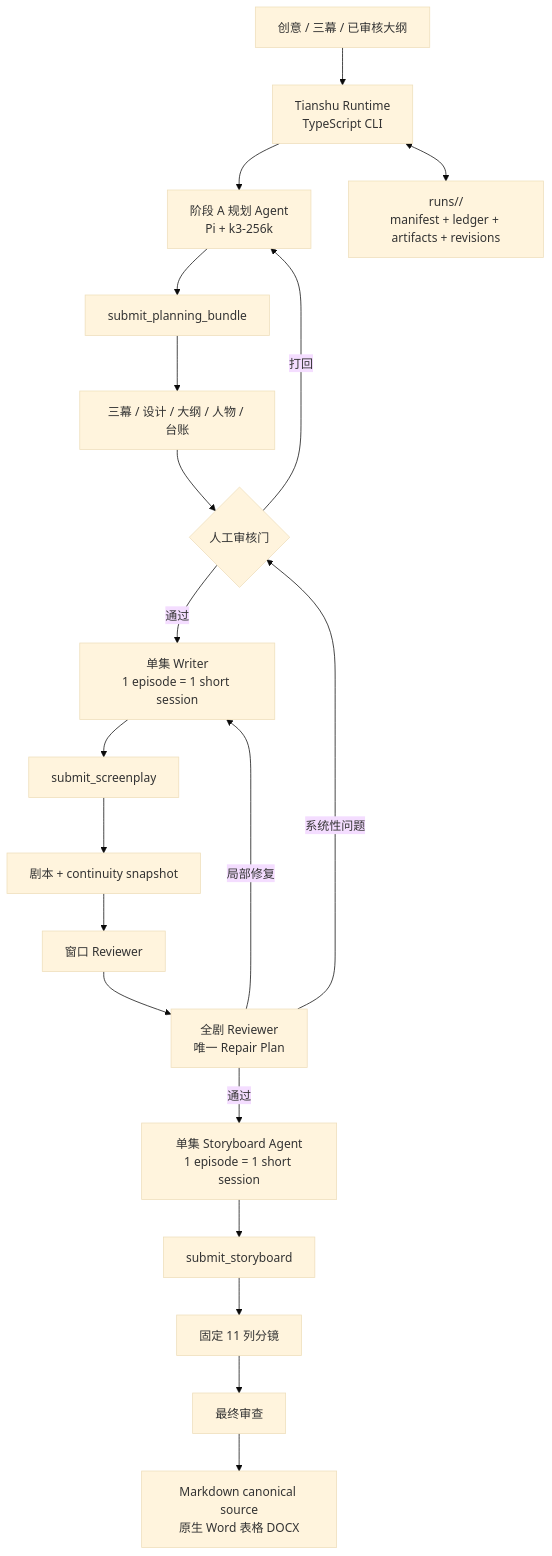
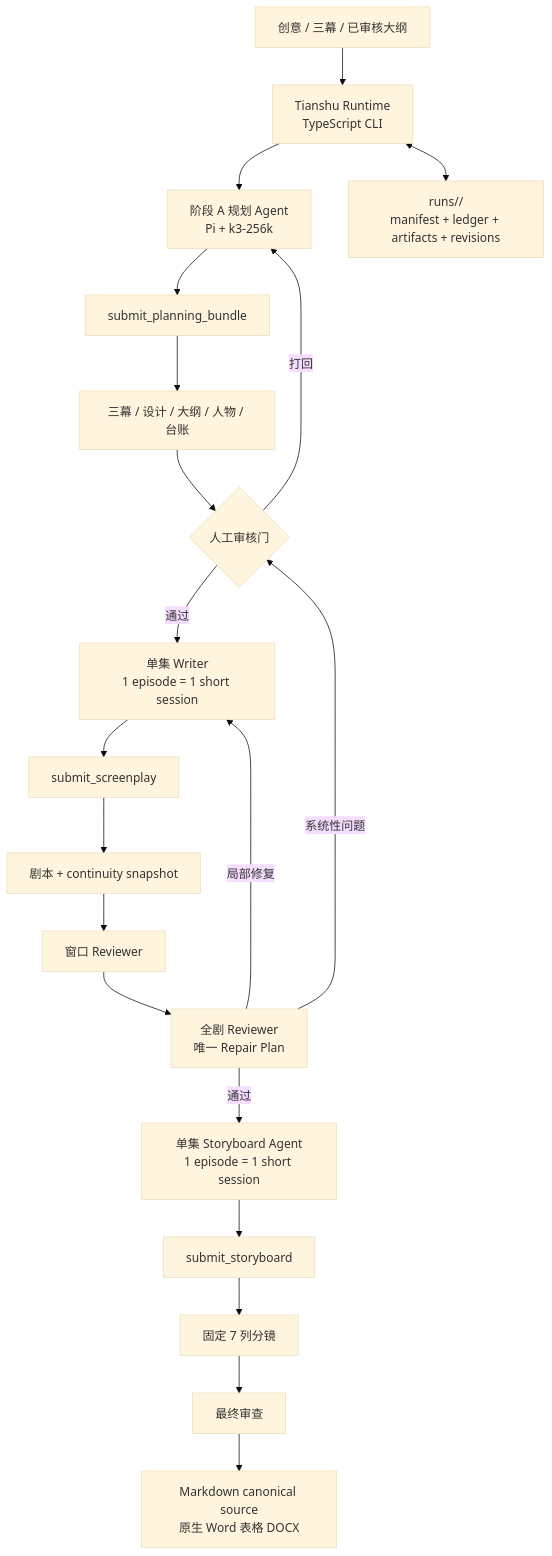
One commit to HaokaiDing/tianshu-replica changed the diagram in docs/ARCHITECTURE_PLAN.md. Above: the diagram before and after it, drawn with Mermaid (base theme). The commit also changed other lines of this file and 5 other files, not shown here.

````diff
--- a/docs/ARCHITECTURE_PLAN.md
+++ b/docs/ARCHITECTURE_PLAN.md
@@ -37,23 +37,23 @@
 ```mermaid
 flowchart TD
     Input["创意 / 三幕 / 已审核大纲"] --> Runtime["Tianshu Runtime\nTypeScript CLI"]
     Runtime --> Planner["阶段 A 规划 Agent\nPi + k3-256k"]
     Planner --> PlanTool["submit_planning_bundle"]
     PlanTool --> PlanArtifacts["三幕 / 设计 / 大纲 / 人物 / 台账"]
     PlanArtifacts --> Human{"人工审核门"}
     Human -->|"打回"| Planner
     Human -->|"通过"| Writer["单集 Writer\n1 episode = 1 short session"]
     Writer --> ScriptTool["submit_screenplay"]
     ScriptTool --> ScriptArtifacts["剧本 + continuity snapshot"]
     ScriptArtifacts --> WindowReview["窗口 Reviewer"]
     WindowReview --> SeriesReview["全剧 Reviewer\n唯一 Repair Plan"]
     SeriesReview -->|"局部修复"| Writer
     SeriesReview -->|"系统性问题"| Human
     SeriesReview -->|"通过"| Board["单集 Storyboard Agent\n1 episode = 1 short session"]
     Board --> BoardTool["submit_storyboard"]
-    BoardTool --> Storyboards["固定 11 列分镜"]
+    BoardTool --> Storyboards["固定 7 列分镜"]
     Storyboards --> FinalReview["最终审查"]
     FinalReview --> Delivery["Markdown canonical source\n原生 Word 表格 DOCX"]
 
     Runtime <--> Facts["runs/<run-id>/\nmanifest + ledger + artifacts + revisions"]
 ```
````
